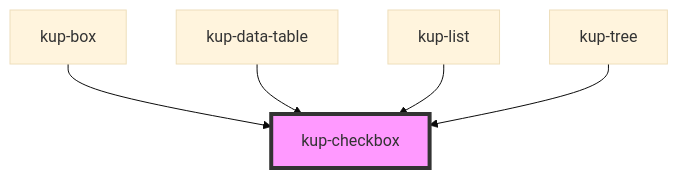
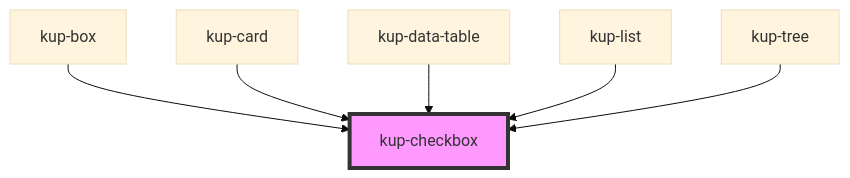
One commit to smeup/ketchup changed the diagram in packages/ketchup/src/components/kup-checkbox/readme.md. Above: the diagram before and after it, drawn with Mermaid (base theme). The commit also changed other lines of this file and 11 other files, not shown here.

````diff
--- a/packages/ketchup/src/components/kup-checkbox/readme.md
+++ b/packages/ketchup/src/components/kup-checkbox/readme.md
@@ -57,8 +57,9 @@
 ```mermaid
 graph TD;
   kup-box --> kup-checkbox
+  kup-card --> kup-checkbox
   kup-data-table --> kup-checkbox
   kup-list --> kup-checkbox
   kup-tree --> kup-checkbox
   style kup-checkbox fill:#f9f,stroke:#333,stroke-width:4px
 ```
````
